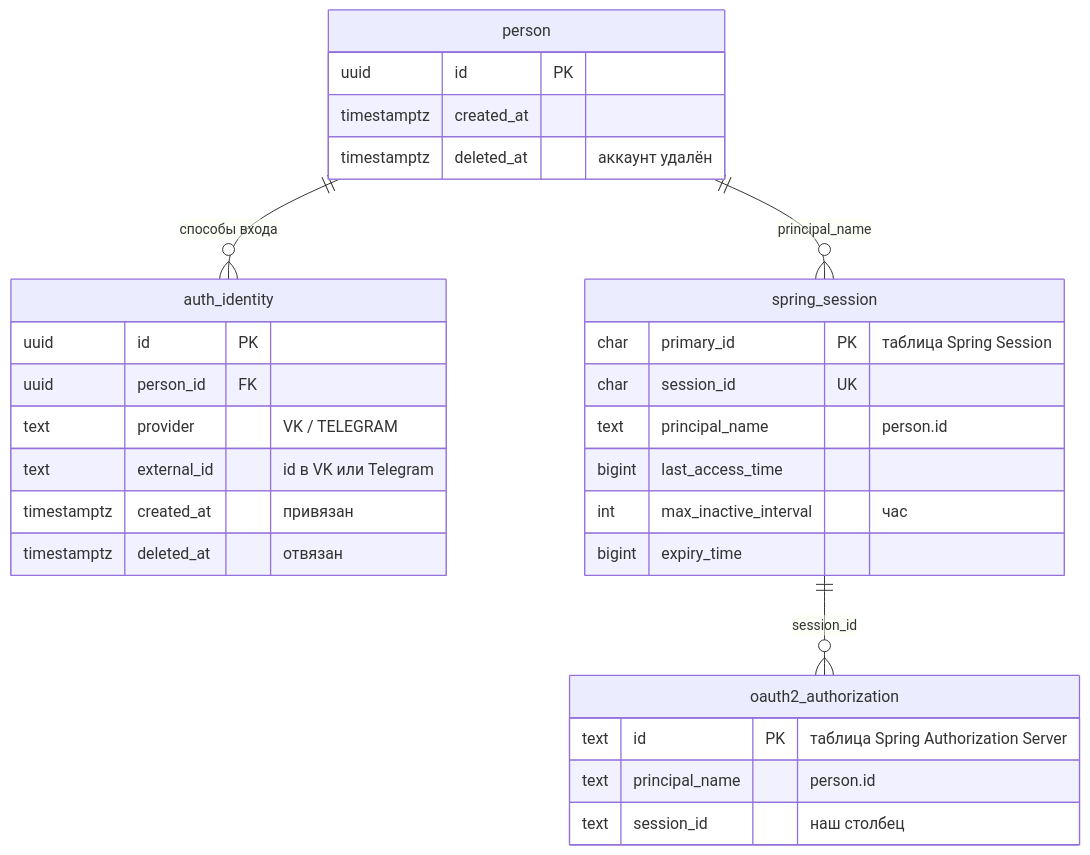
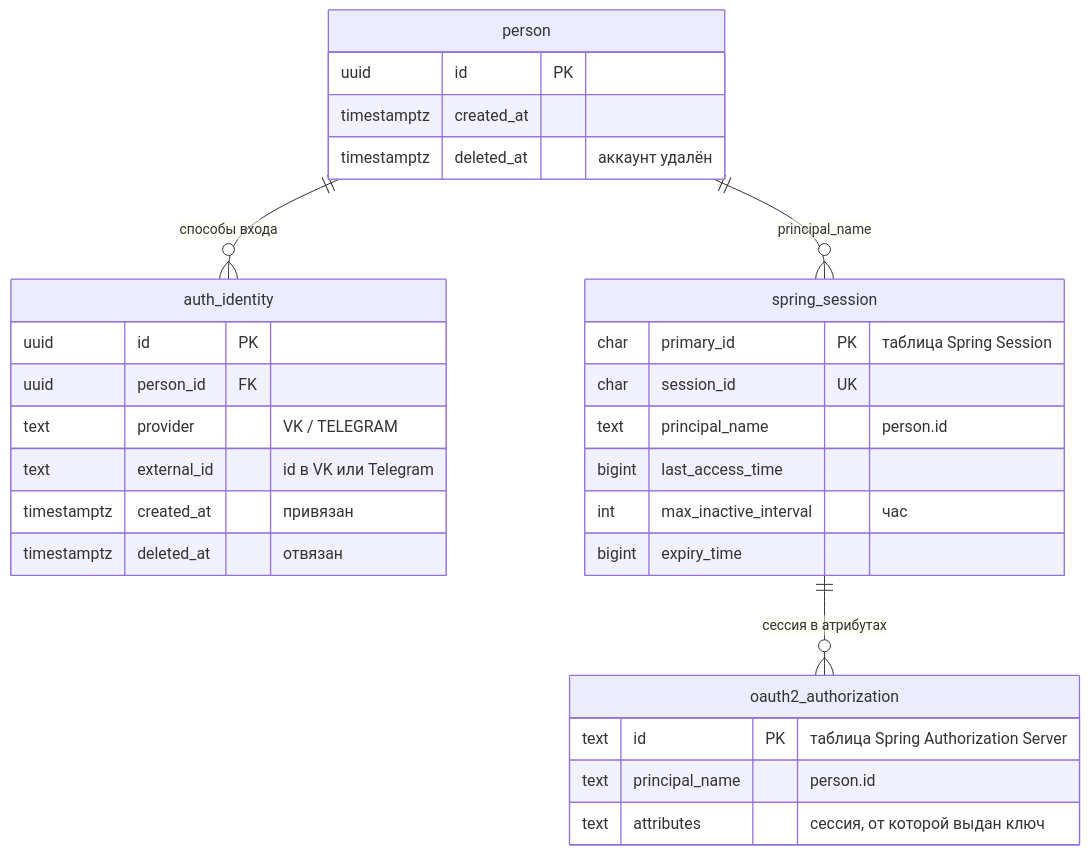
One commit to KiraKhvan/memory_docs changed the first of 6 diagrams in domain_model/Access-schema.md. Above: the diagram before and after it, drawn with Mermaid. The commit also changed other lines of this file and 3 other files, not shown here.

Commit message:
Access decisions: answer 55, link refresh keys to the main session via standard authorization attributes

````diff
--- a/domain_model/Access-schema.md
+++ b/domain_model/Access-schema.md
@@ -23,32 +23,32 @@
 ```mermaid
 erDiagram
     person ||--o{ auth_identity : "способы входа"
     person ||--o{ spring_session : "principal_name"
-    spring_session ||--o{ oauth2_authorization : "session_id"
+    spring_session ||--o{ oauth2_authorization : "сессия в атрибутах"
     person {
         uuid id PK
         timestamptz created_at
         timestamptz deleted_at "аккаунт удалён"
     }
     auth_identity {
         uuid id PK
         uuid person_id FK
         text provider "VK / TELEGRAM"
         text external_id "id в VK или Telegram"
         timestamptz created_at "привязан"
         timestamptz deleted_at "отвязан"
     }
     spring_session {
         char primary_id PK "таблица Spring Session"
         char session_id UK
         text principal_name "person.id"
         bigint last_access_time
         int max_inactive_interval "час"
         bigint expiry_time
     }
     oauth2_authorization {
         text id PK "таблица Spring Authorization Server"
         text principal_name "person.id"
-        text session_id "наш столбец"
+        text attributes "сессия, от которой выдан ключ"
     }
 ```
````
